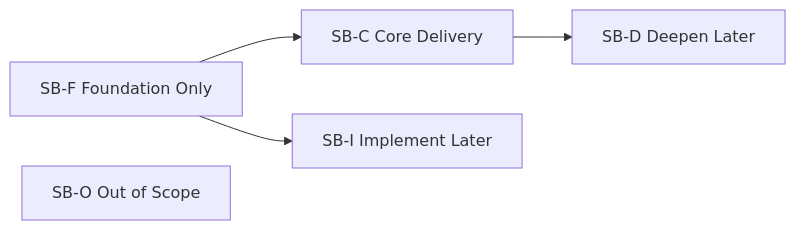
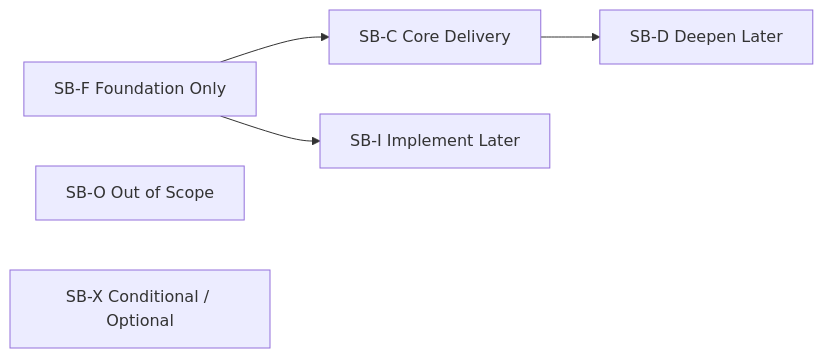
Before and after one commit to inred329/summer_pre_course_2026: the first of 2 diagrams in design/06-scope-boundary.en.md, drawn with Mermaid. The commit also changed other lines of this file and 104 other files, not shown here.

````diff
--- a/design/06-scope-boundary.en.md
+++ b/design/06-scope-boundary.en.md
@@ -34,7 +36,8 @@
 ```mermaid
 flowchart LR
     F[SB-F Foundation Only] --> C[SB-C Core Delivery]
     C --> D[SB-D Deepen Later]
     F --> I[SB-I Implement Later]
     O[SB-O Out of Scope]
+    X[SB-X Conditional / Optional]
 ```
````
